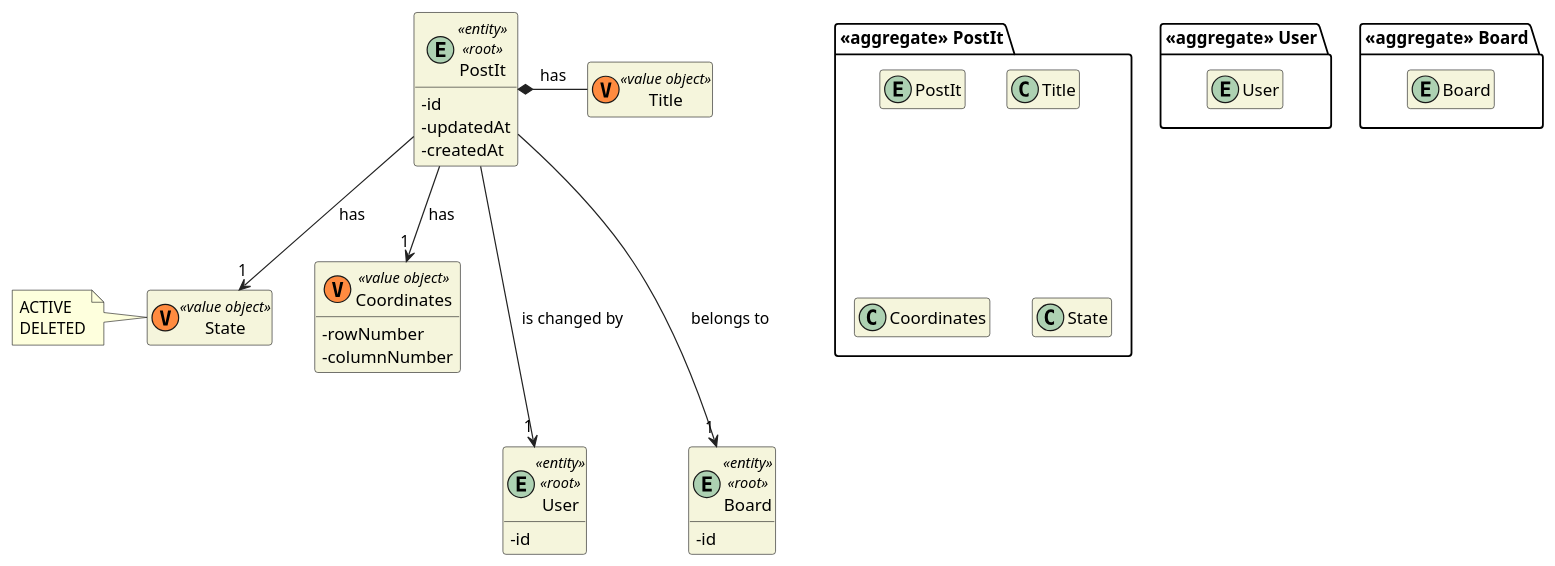
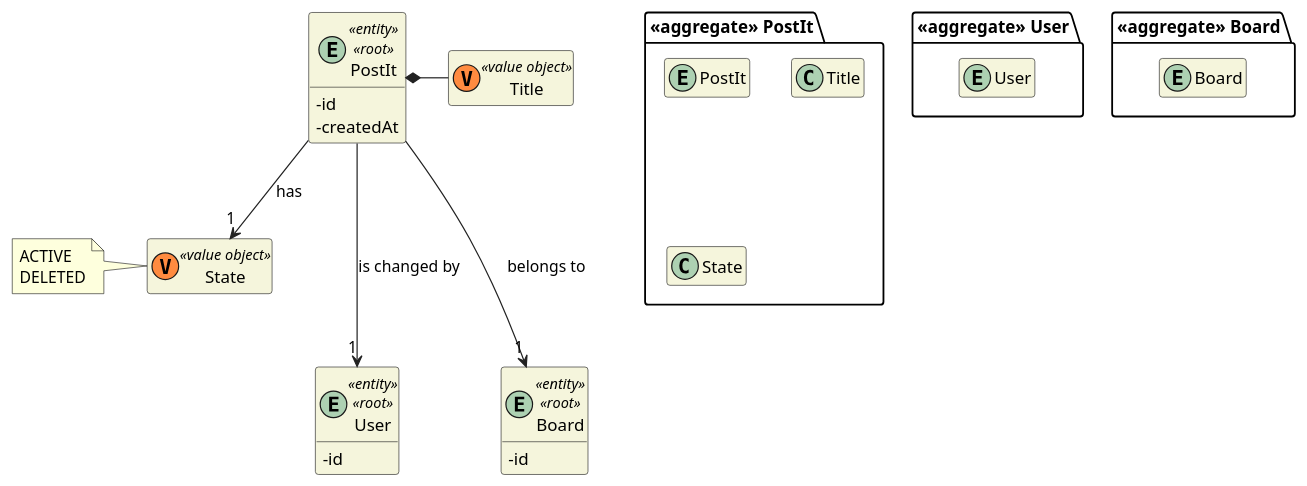
The diagram in docs/dm/DM_PostIt.puml (miseEnPlace-dev/lapr4), drawn with PlantUML before and after one commit. The commit also changed 12 other files, not shown here.

```diff
--- a/docs/dm/DM_PostIt.puml
+++ b/docs/dm/DM_PostIt.puml
@@ -1,64 +1,55 @@
 @startuml DM-POST-IT
 'https://plantuml.com/class-diagram
 
 skinparam classAttributeIconSize 0
 hide empty attributes
 hide empty methods
 skinparam classBackgroundColor beige
 skinparam ArrowColor #222222
 
 package "<<aggregate>> PostIt" {
-    entity PostIt
+  entity PostIt
 
-    class Title
+  class Title
 
-    class Coordinates
-
-    class State
+  class State
 }
 
-entity PostIt <<entity>> <<root>>{ 
-    -id 
-    - updatedAt
-    - createdAt
+entity PostIt <<entity>> <<root>>{
+  - id
+  - createdAt
 }
 
 class Title <<(V,#FF8B40) value object>> {}
-
-class Coordinates <<(V,#FF8B40) value object>> {
-    -rowNumber
-    -columnNumber    
-}
 
 class State <<(V,#FF8B40) value object>> {
 }
 
 note left of State
-    ACTIVE
-    DELETED
+  ACTIVE
+  DELETED
 end note
 
 package "<<aggregate>> User" {
-    entity User
+  entity User
 }
 
-entity User <<entity>> <<root>>{ 
-    -id
+entity User <<entity>> <<root>>{
+  -id
 }
 
 package "<<aggregate>> Board" {
-    entity Board
+  entity Board
 }
 
-entity Board <<entity>> <<root>>{ 
-    -id
+entity Board <<entity>> <<root>>{
+  -id
 }
 
-PostIt *- Title : has
-PostIt --> "1" Coordinates : has
+PostIt *- Title
 PostIt --> "1" State : has
 
 PostIt ---> "1" User : is changed by
 PostIt ---> "1" Board : belongs to
 
 @enduml
```
